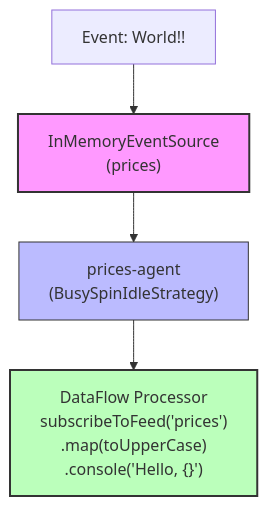
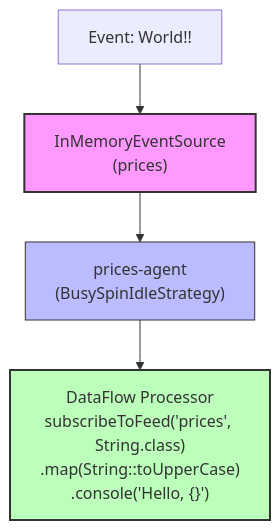
Before and after one commit to telaminai/mongoose-examples: the diagram in gettting-started/stream-programming-tutorial/README.md, drawn with Mermaid.

Commit message:
Fixed formatting in `StreamProgrammingTutorial` README for better readability.

````diff
--- a/gettting-started/stream-programming-tutorial/README.md
+++ b/gettting-started/stream-programming-tutorial/README.md
@@ -25,26 +25,26 @@
 ```mermaid
 flowchart TD
     %% Event Source
     prices["InMemoryEventSource<br>(prices)"]
 
     %% Agent
     pricesAgent["prices-agent<br>(BusySpinIdleStrategy)"]
 
     %% DataFlow Processor
-    df["DataFlow Processor<br>subscribeToFeed('prices')<br>.map(toUpperCase)<br>.console('Hello, {}')"]
+    df["DataFlow Processor<br>subscribeToFeed('prices', String.class)<br>.map(String::toUpperCase)<br>.console('Hello, {}')"]
 
     %% Connections
     prices --> pricesAgent
     pricesAgent --> df
 
     %% Example event
     ev1["Event: World!!"] --> prices
 
     %% Styling
     classDef source fill:#f9f,stroke:#333,stroke-width:2px
     classDef agent fill:#bbf,stroke:#333,stroke-width:1px
     classDef handler fill:#bfb,stroke:#333,stroke-width:2px
     class prices source
     class pricesAgent agent
     class df handler
 ```
````
